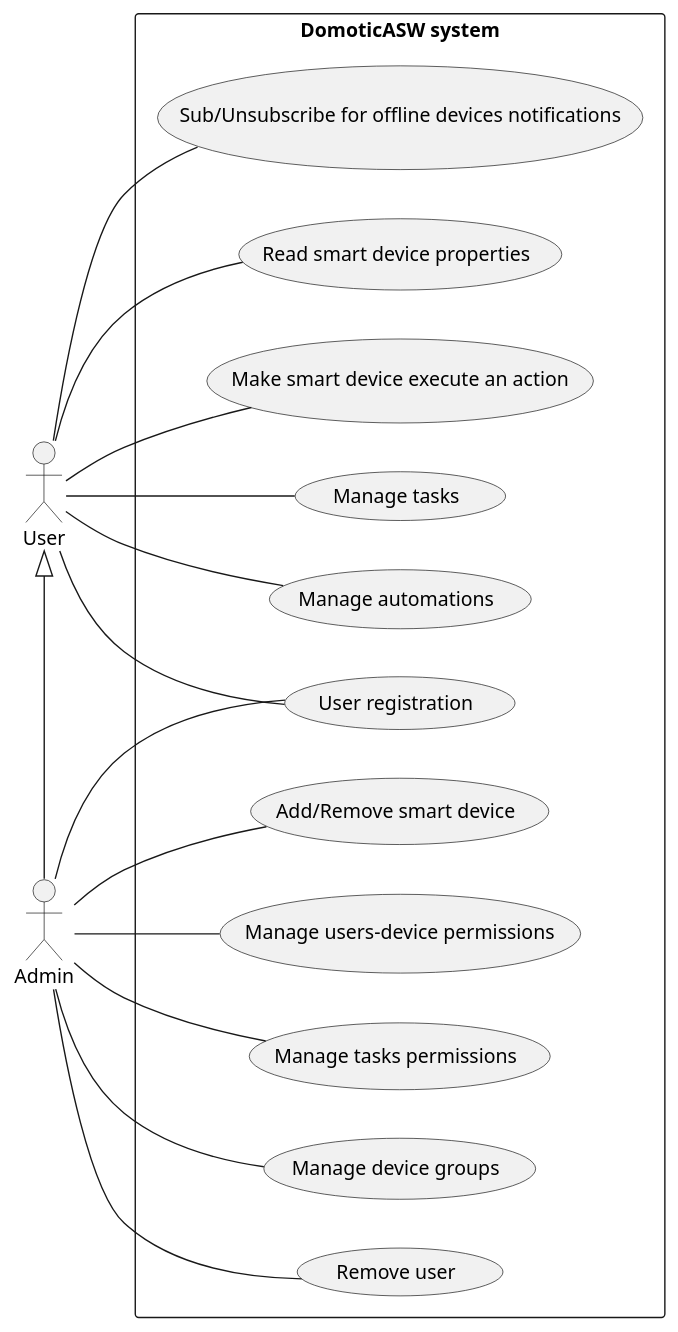
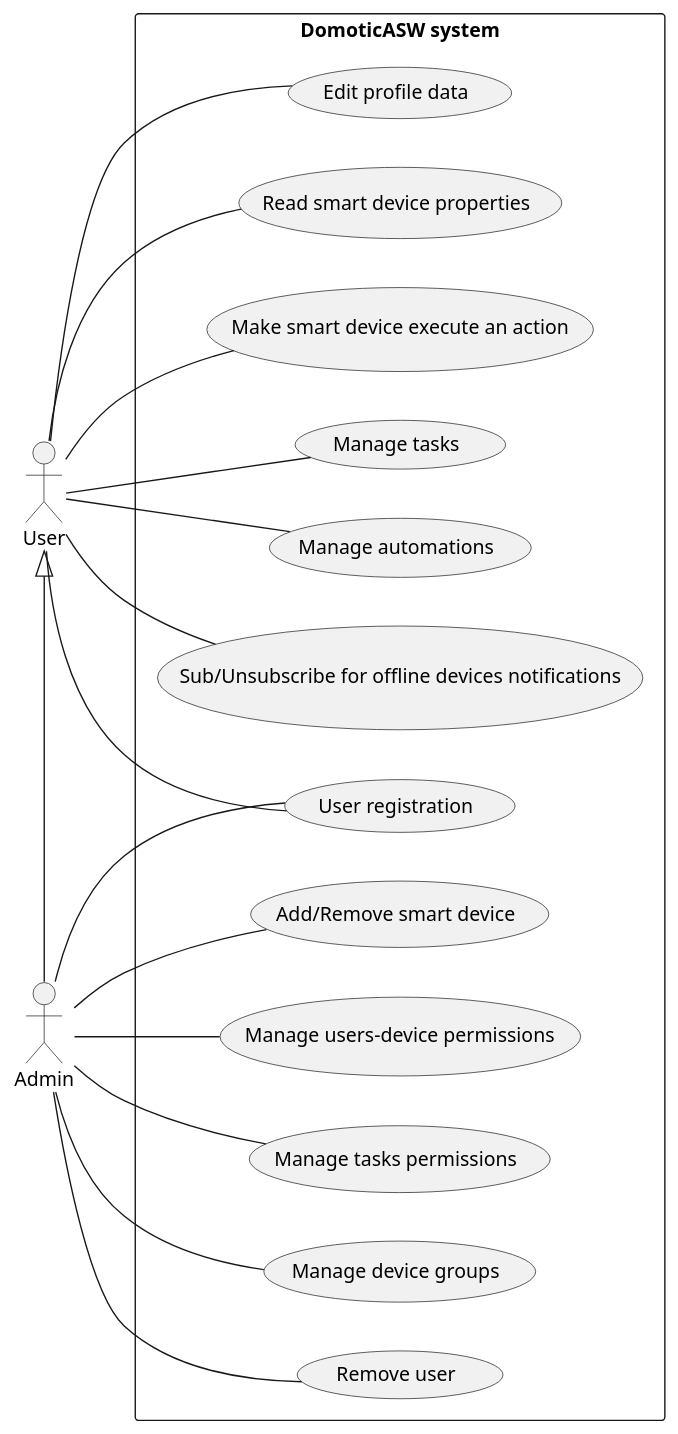
One commit to DomoticASW/.github changed the diagram in diagrams/src/use-case.puml. Above: the diagram before and after it, drawn with PlantUML. The commit also changed 2 other files, not shown here.

Commit message:
add use-case about editing profile data

```diff
--- a/diagrams/src/use-case.puml
+++ b/diagrams/src/use-case.puml
@@ -1,26 +1,27 @@
 @startuml use-case
 
 left to right direction
 
 actor User
 actor Admin
 
 Admin -l-|> User
 
 rectangle "DomoticASW system" {
     Admin -- (Add/Remove smart device)
     Admin -- (Manage users-device permissions)
     Admin -- (Manage tasks permissions)
     usecase "User registration" as (registration)
     Admin -- (registration)
     User -- (registration)
     Admin -- (Remove user)
     Admin -- (Manage device groups)
+    User -- (Edit profile data)
     User -- (Read smart device properties)
     User -- (Make smart device execute an action)
     User -- (Manage tasks)
     User -- (Manage automations)
     User -- (Sub/Unsubscribe for offline devices notifications)
 }
 
 @enduml
```
